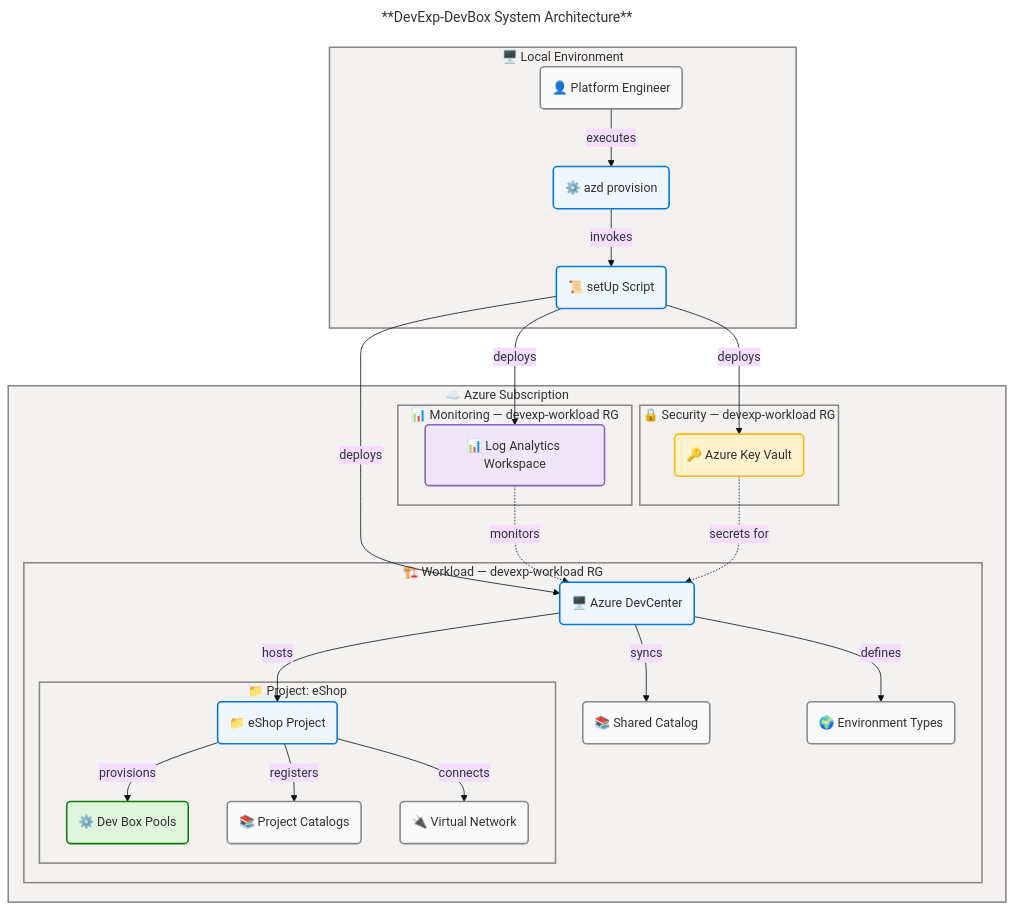
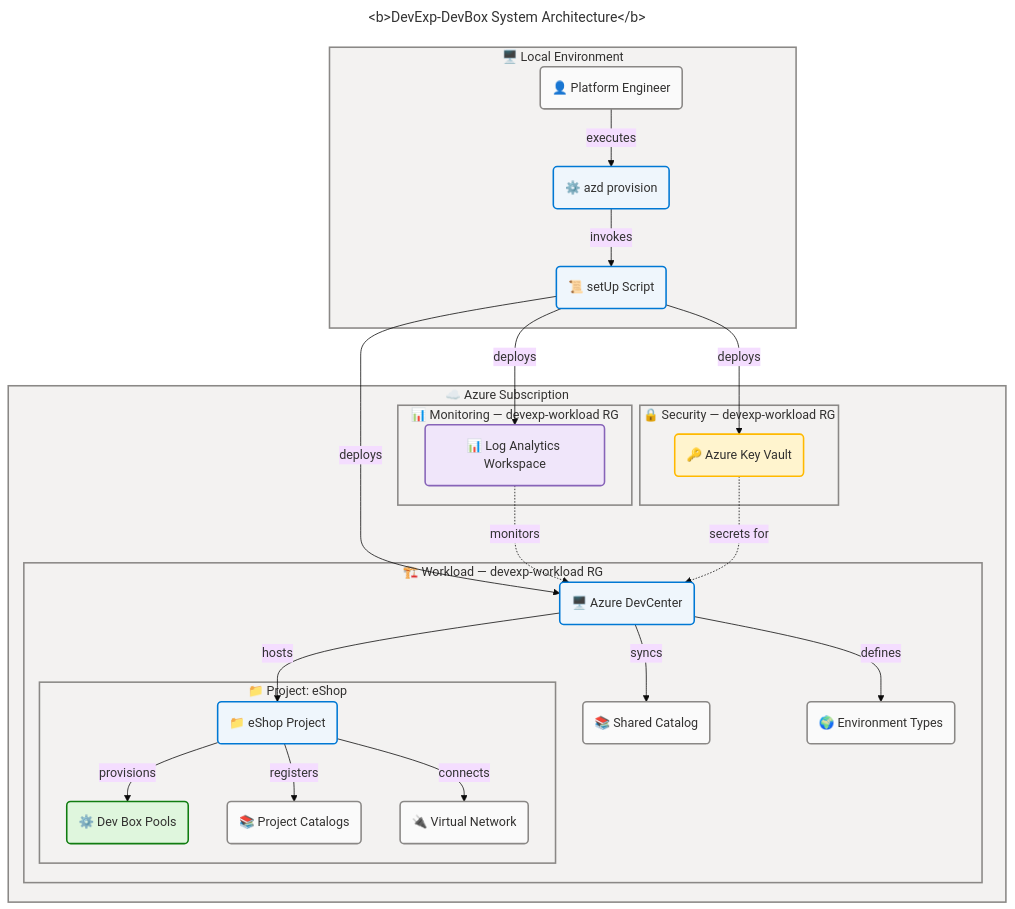
Before and after one commit to Evilazaro/DevExp-DevBox: the diagram in README.md, drawn with Mermaid.

Commit message:
fix: enhance title formatting in system architecture diagram for better visibility

````diff
--- a/README.md
+++ b/README.md
@@ -51,81 +51,81 @@
 ```mermaid
 ---
-title: "**DevExp-DevBox System Architecture**"
+title: "<b>DevExp-DevBox System Architecture</b>"
 config:
   theme: base
   look: classic
   layout: dagre
   flowchart:
     htmlLabels: true
   themeVariables:
     fontSize: '16px'
 ---
 flowchart TB
     accTitle: DevExp-DevBox System Architecture
     accDescr: Deployment workflow from platform engineer to Azure DevCenter, with Key Vault, Log Analytics, Dev Box pools, and virtual network connectivity
 
     %% ═══════════════════════════════════════════════════════════════════════════
     %% AZURE / FLUENT ARCHITECTURE PATTERN v1.1
     %% (Semantic + Structural + Font + Accessibility Governance)
     %% ═══════════════════════════════════════════════════════════════════════════
     %% PHASE 1 - FLUENT UI: All styling uses approved Fluent UI palette only
     %% PHASE 2 - GROUPS: Every subgraph has semantic color via style directive
     %% PHASE 3 - COMPONENTS: Every node has semantic classDef + icon prefix
     %% PHASE 4 - ACCESSIBILITY: accTitle/accDescr present, WCAG AA contrast
     %% PHASE 5 - STANDARD: Governance block present, classDefs centralized
     %% ═══════════════════════════════════════════════════════════════════════════
 
     subgraph devEnv["🖥️ Local Environment"]
         dev("👤 Platform Engineer"):::neutral
         azdUp("⚙️ azd provision"):::core
         setScript("📜 setUp Script"):::core
     end
 
     subgraph azureSub["☁️ Azure Subscription"]
         subgraph monitoringLayer["📊 Monitoring — devexp-workload RG"]
             la("📊 Log Analytics Workspace"):::data
         end
         subgraph securityLayer["🔒 Security — devexp-workload RG"]
             kv("🔑 Azure Key Vault"):::warning
         end
         subgraph workloadLayer["🏗️ Workload — devexp-workload RG"]
             dc("🖥️ Azure DevCenter"):::core
             catalog("📚 Shared Catalog"):::neutral
             envTypes("🌍 Environment Types"):::neutral
             subgraph eShopProject["📁 Project: eShop"]
                 proj("📁 eShop Project"):::core
                 pools("⚙️ Dev Box Pools"):::success
                 projCatalog("📚 Project Catalogs"):::neutral
                 vnet("🔌 Virtual Network"):::neutral
             end
         end
     end
 
     dev -->|"executes"| azdUp
     azdUp -->|"invokes"| setScript
     setScript -->|"deploys"| la
     setScript -->|"deploys"| kv
     setScript -->|"deploys"| dc
     dc -->|"syncs"| catalog
     dc -->|"defines"| envTypes
     dc -->|"hosts"| proj
     proj -->|"provisions"| pools
     proj -->|"registers"| projCatalog
     proj -->|"connects"| vnet
     la -.->|"monitors"| dc
     kv -.->|"secrets for"| dc
 
     style devEnv fill:#F3F2F1,stroke:#8A8886,stroke-width:2px,color:#323130
     style azureSub fill:#F3F2F1,stroke:#8A8886,stroke-width:2px,color:#323130
     style monitoringLayer fill:#F3F2F1,stroke:#8A8886,stroke-width:2px,color:#323130
     style securityLayer fill:#F3F2F1,stroke:#8A8886,stroke-width:2px,color:#323130
     style workloadLayer fill:#F3F2F1,stroke:#8A8886,stroke-width:2px,color:#323130
     style eShopProject fill:#F3F2F1,stroke:#8A8886,stroke-width:2px,color:#323130
 
     %% Centralized semantic classDefs (Phase 5 compliant)
     classDef neutral fill:#FAFAFA,stroke:#8A8886,stroke-width:2px,color:#323130
     classDef core fill:#EFF6FC,stroke:#0078D4,stroke-width:2px,color:#323130
     classDef success fill:#DFF6DD,stroke:#107C10,stroke-width:2px,color:#323130
     classDef warning fill:#FFF4CE,stroke:#FFB900,stroke-width:2px,color:#323130
     classDef data fill:#F0E6FA,stroke:#8764B8,stroke-width:2px,color:#323130
 ```
````
